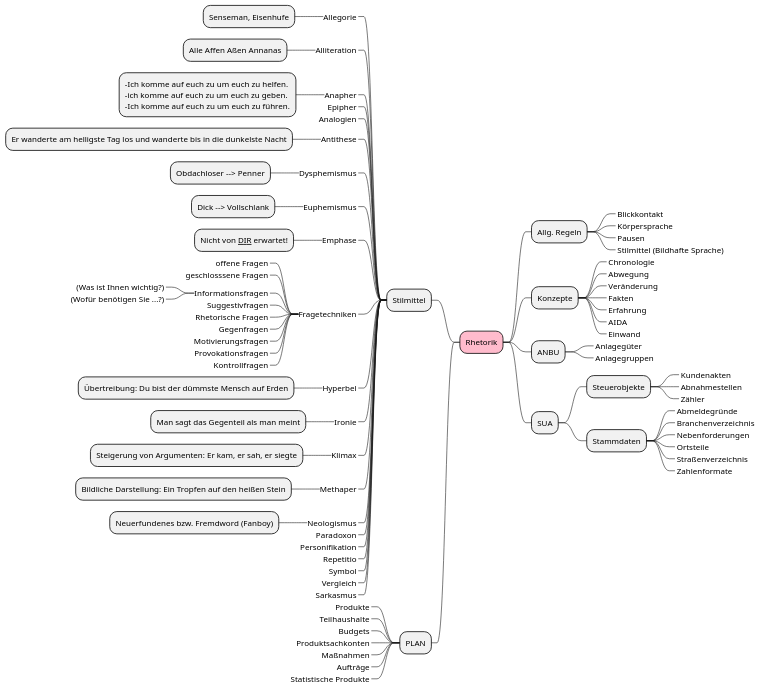
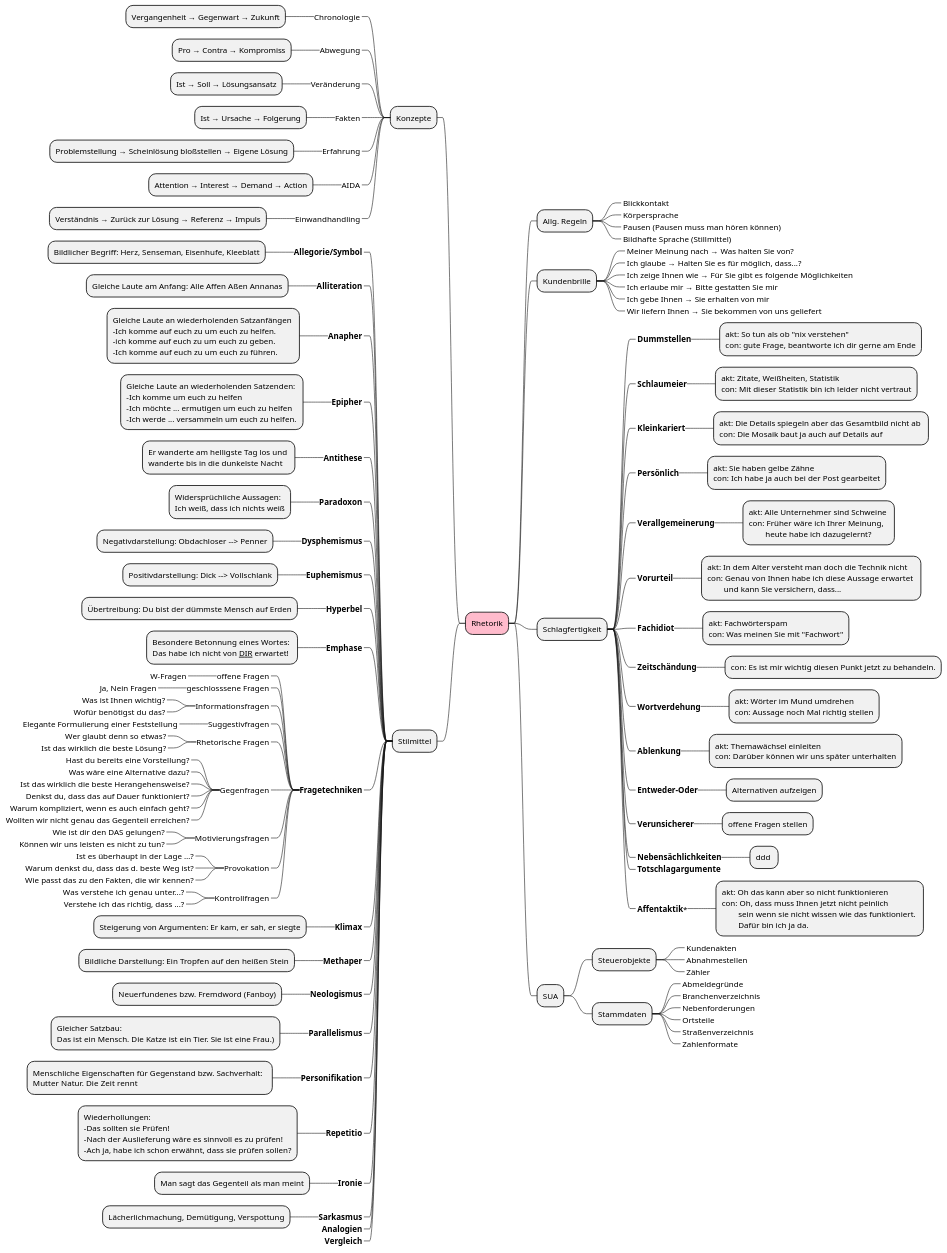
Before and after one commit to KUDIDUK/diagramming: the first of 2 diagrams in plantUML/Rethorik.plantuml, drawn with PlantUML. The commit also changed other lines of this file and 1 other file, not shown here.

Commit message:
Diagramm Rhetorik

```diff
--- a/plantUML/Rethorik.plantuml
+++ b/plantUML/Rethorik.plantuml
@@ -2,84 +2,141 @@
 @startmindmap Stammdaten
 +[#FFBBCC] Rhetorik
 ++ Allg. Regeln
 +++_ Blickkontakt
 +++_ Körpersprache
-+++_ Pausen
-+++_ Stilmittel (Bildhafte Sprache)
-++ Konzepte
-+++_ Chronologie
-+++_ Abwegung
-+++_ Veränderung
-+++_ Fakten
-+++_ Erfahrung
-+++_ AIDA
-+++_ Einwand
-++ ANBU
-+++_ Anlagegüter
-+++_ Anlagegruppen
--- Stilmittel
----_ Allegorie
----- Senseman, Eisenhufe
----_ Alliteration
----- Alle Affen Aßen Annanas
----_ Anapher
----- -Ich komme auf euch zu um euch zu helfen. \n-ich komme auf euch zu um euch zu geben. \n-Ich komme auf euch zu um euch zu führen.
----_ Epipher
----_ Analogien
----_ Antithese
----- Er wanderte am helligste Tag los und wanderte bis in die dunkelste Nacht
----_ Dysphemismus
----- Obdachloser --> Penner
----_ Euphemismus
----- Dick --> Vollschlank
----_ Emphase
----- Nicht von <u>DIR</u> erwartet!
----_ Fragetechniken
-----_ offene Fragen
-----_ geschlosssene Fragen
-----_ Informationsfragen
------_ (Was ist Ihnen wichtig?)
------_ (Wofür benötigen Sie ...?)
-----_ Suggestivfragen
-----_ Rhetorische Fragen
-----_ Gegenfragen
-----_ Motivierungsfragen
-----_ Provokationsfragen
-----_ Kontrollfragen
----_ Hyperbel
----- Übertreibung: Du bist der dümmste Mensch auf Erden
----_ Ironie
----- Man sagt das Gegenteil als man meint
----_ Klimax
----- Steigerung von Argumenten: Er kam, er sah, er siegte
----_ Methaper
----- Bildliche Darstellung: Ein Tropfen auf den heißen Stein
----_ Neologismus
----- Neuerfundenes bzw. Fremdword (Fanboy)
----_ Paradoxon
----_ Personifikation
----_ Repetitio
----_ Symbol
----_ Vergleich
----_ Sarkasmus
--- PLAN
----_ Produkte
----_ Teilhaushalte
----_ Budgets
----_ Produktsachkonten
----_ Maßnahmen
----_ Aufträge
----_ Statistische Produkte
++++_ Pausen (Pausen muss man hören können)
++++_ Bildhafte Sprache (Stillmittel)
+++ Kundenbrille
++++_ Meiner Meinung nach → Was halten Sie von?
++++_ Ich glaube → Halten Sie es für möglich, dass...?
++++_ Ich zeige Ihnen wie → Für Sie gibt es folgende Möglichkeiten
++++_ Ich erlaube mir → Bitte gestatten Sie mir
++++_ Ich gebe Ihnen → Sie erhalten von mir
++++_ Wir liefern Ihnen → Sie bekommen von uns geliefert
+++ Schlagfertigkeit
++++_ **Dummstellen**
+++++ akt: So tun als ob "nix verstehen" \ncon: gute Frage, beantworte ich dir gerne am Ende
++++_ **Schlaumeier**
+++++ akt: Zitate, Weißheiten, Statistik \ncon: Mit dieser Statistik bin ich leider nicht vertraut
++++_ **Kleinkariert**
+++++ akt: Die Details spiegeln aber das Gesamtbild nicht ab \ncon: Die Mosaik baut ja auch auf Details auf
++++_ **Persönlich**
+++++ akt: Sie haben gelbe Zähne \ncon: Ich habe ja auch bei der Post gearbeitet
++++_ **Verallgemeinerung**
+++++ akt: Alle Unternehmer sind Schweine \ncon: Früher wäre ich Ihrer Meinung, \n\theute habe ich dazugelernt?
++++_ **Vorurteil**
+++++ akt: In dem Alter versteht man doch die Technik nicht \ncon: Genau von Ihnen habe ich diese Aussage erwartet \n\tund kann Sie versichern, dass...
++++_ **Fachidiot**
+++++ akt: Fachwörterspam \ncon: Was meinen Sie mit "Fachwort"
++++_ **Zeitschändung**
+++++ con: Es ist mir wichtig diesen Punkt jetzt zu behandeln.
++++_ **Wortverdehung**
+++++ akt: Wörter im Mund umdrehen \ncon: Aussage noch Mal richtig stellen
++++_ **Ablenkung**
+++++ akt: Themawächsel einleiten \ncon: Darüber können wir uns später unterhalten
++++_ **Entweder-Oder**
+++++ Alternativen aufzeigen
++++_ **Verunsicherer**
+++++ offene Fragen stellen
++++_ **Nebensächlichkeiten**
+++++ ddd 
++++_ **Totschlagargumente**
++++_ **Affentaktik***
+++++ akt: Oh das kann aber so nicht funktionieren \ncon: Oh, dass muss Ihnen jetzt nicht peinlich \n\tsein wenn sie nicht wissen wie das funktioniert. \n\tDafür bin ich ja da.
 ++ SUA
 +++ Steuerobjekte
 ++++_ Kundenakten
 ++++_ Abnahmestellen
 ++++_ Zähler
 +++ Stammdaten
 ++++_ Abmeldegründe
 ++++_ Branchenverzeichnis
 ++++_ Nebenforderungen
 ++++_ Ortsteile
 ++++_ Straßenverzeichnis
 ++++_ Zahlenformate
+-- Konzepte
+---_ Chronologie
+---- Vergangenheit → Gegenwart → Zukunft
+---_ Abwegung
+---- Pro → Contra → Kompromiss
+---_ Veränderung
+---- Ist → Soll → Lösungsansatz
+---_ Fakten
+---- Ist → Ursache → Folgerung
+---_ Erfahrung
+---- Problemstellung → Scheinlösung bloßstellen → Eigene Lösung
+---_ AIDA
+---- Attention → Interest → Demand → Action
+---_ Einwandhandling
+---- Verständnis → Zurück zur Lösung → Referenz → Impuls
+-- Stilmittel
+---_ **Allegorie/Symbol**
+---- Bildlicher Begriff: Herz, Senseman, Eisenhufe, Kleeblatt
+---_ **Alliteration**
+---- Gleiche Laute am Anfang: Alle Affen Aßen Annanas
+---_ **Anapher**
+---- Gleiche Laute an wiederholenden Satzanfängen \n-Ich komme auf euch zu um euch zu helfen. \n-ich komme auf euch zu um euch zu geben. \n-Ich komme auf euch zu um euch zu führen.
+---_ **Epipher**
+---- Gleiche Laute an wiederholenden Satzenden: \n-Ich komme um euch zu helfen \n-Ich möchte ... ermutigen um euch zu helfen \n-Ich werde ... versammeln um euch zu helfen.
+---_ **Antithese**
+---- Er wanderte am helligste Tag los und \nwanderte bis in die dunkelste Nacht
+---_ **Paradoxon**
+---- Widersprüchliche Aussagen: \nIch weiß, dass ich nichts weiß
+---_ **Dysphemismus**
+---- Negativdarstellung: Obdachloser --> Penner
+---_ **Euphemismus**
+---- Positivdarstellung: Dick --> Vollschlank
+---_ **Hyperbel**
+---- Übertreibung: Du bist der dümmste Mensch auf Erden
+---_ **Emphase**
+---- Besondere Betonnung eines Wortes: \nDas habe ich nicht von <u>DIR</u> erwartet!
+---_ **Fragetechniken**
+----_ offene Fragen
+-----_ W-Fragen
+----_ geschlosssene Fragen
+-----_ Ja, Nein Fragen
+----_ Informationsfragen
+-----_ Was ist Ihnen wichtig?
+-----_ Wofür benötigst du das?
+----_ Suggestivfragen
+-----_ Elegante Formulierung einer Feststellung
+----_ Rhetorische Fragen
+-----_ Wer glaubt denn so etwas?
+-----_ Ist das wirklich die beste Lösung?
+----_ Gegenfragen
+-----_ Hast du bereits eine Vorstellung?
+-----_ Was wäre eine Alternative dazu?
+-----_ Ist das wirklich die beste Herangehensweise?
+-----_ Denkst du, dass das auf Dauer funktioniert?
+-----_ Warum kompliziert, wenn es auch einfach geht?
+-----_ Wollten wir nicht genau das Gegenteil erreichen?
+----_ Motivierungsfragen
+-----_ Wie ist dir den DAS gelungen?
+-----_ Können wir uns leisten es nicht zu tun?
+----_ Provokation
+-----_ Ist es überhaupt in der Lage …?
+-----_ Warum denkst du, dass das d. beste Weg ist?
+-----_ Wie passt das zu den Fakten, die wir kennen?
+----_ Kontrollfragen
+-----_ Was verstehe ich genau unter...?
+-----_ Verstehe ich das richtig, dass ...?
+---_ **Klimax**
+---- Steigerung von Argumenten: Er kam, er sah, er siegte
+---_ **Methaper**
+---- Bildliche Darstellung: Ein Tropfen auf den heißen Stein
+---_ **Neologismus**
+---- Neuerfundenes bzw. Fremdword (Fanboy)
+---_ **Parallelismus**
+---- Gleicher Satzbau: \nDas ist ein Mensch. Die Katze ist ein Tier. Sie ist eine Frau.)
+---_ **Personifikation**
+---- Menschliche Eigenschaften für Gegenstand bzw. Sachverhalt:  \nMutter Natur. Die Zeit rennt
+---_ **Repetitio**
+---- Wiederhollungen: \n-Das sollten sie Prüfen! \n-Nach der Auslieferung wäre es sinnvoll es zu prüfen! \n-Ach ja, habe ich schon erwähnt, dass sie prüfen sollen?
+---_ **Ironie**
+---- Man sagt das Gegenteil als man meint
+---_ **Sarkasmus**
+---- Lächerlichmachung, Demütigung, Verspottung
+---_ **Analogien**
+---_ **Vergleich**
 @endmindmap
```
